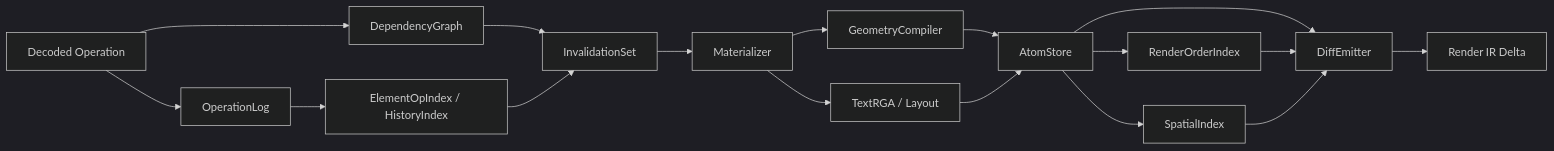
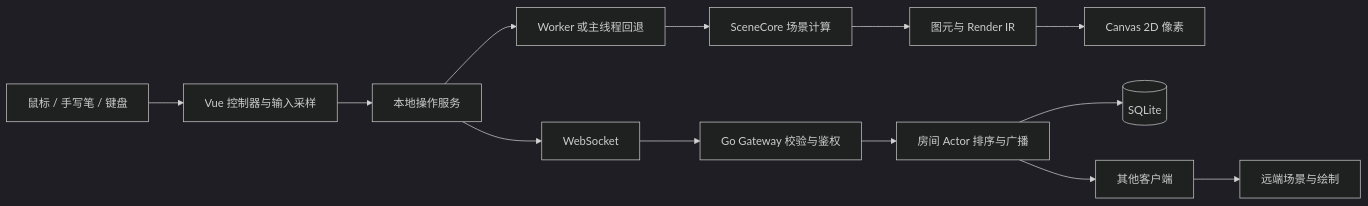
Before and after one commit to aquaori/aevia: the diagram in docs/aevia-v3.md, drawn with Mermaid (dark theme). The commit also changed other lines of this file and 82 other files, not shown here.

````diff
--- a/docs/aevia-v3.md
+++ b/docs/aevia-v3.md
@@ -389,19 +76,15 @@
 ```mermaid
 flowchart LR
- O[Decoded Operation] --> LOG[OperationLog]
- O --> DEP[DependencyGraph]
- LOG --> IDX[ElementOpIndex / HistoryIndex]
- DEP --> IV[InvalidationSet]
- IDX --> IV
- IV --> MAT[Materializer]
- MAT --> GEO[GeometryCompiler]
- MAT --> TXT[TextRGA / Layout]
- GEO --> AST[AtomStore]
- TXT --> AST
- AST --> ORD[RenderOrderIndex]
- AST --> SPA[SpatialIndex]
- AST --> DIF[DiffEmitter]
- ORD --> DIF
- SPA --> DIF
- DIF --> OUT[Render IR Delta]
+  User[鼠标 / 手写笔 / 键盘] --> Input[Vue 控制器与输入采样]
+  Input --> Local[本地操作服务]
+  Local --> Worker[Worker 或主线程回退]
+  Worker --> Core[SceneCore 场景计算]
+  Core --> IR[图元与 Render IR]
+  IR --> Canvas[Canvas 2D 像素]
+  Local --> Socket[WebSocket]
+  Socket --> Gateway[Go Gateway 校验与鉴权]
+  Gateway --> Actor[房间 Actor 排序与广播]
+  Actor --> DB[(SQLite)]
+  Actor --> Other[其他客户端]
+  Other --> Worker2[远端场景与绘制]
 ```
````
